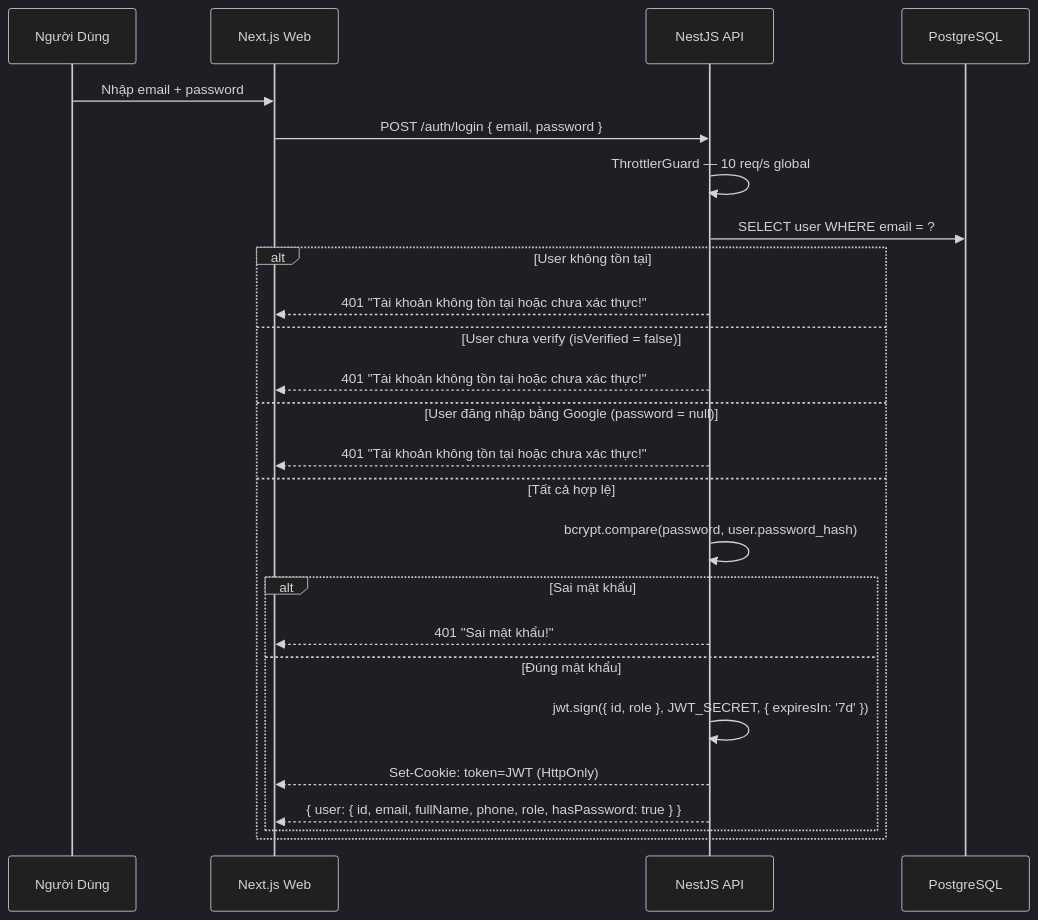
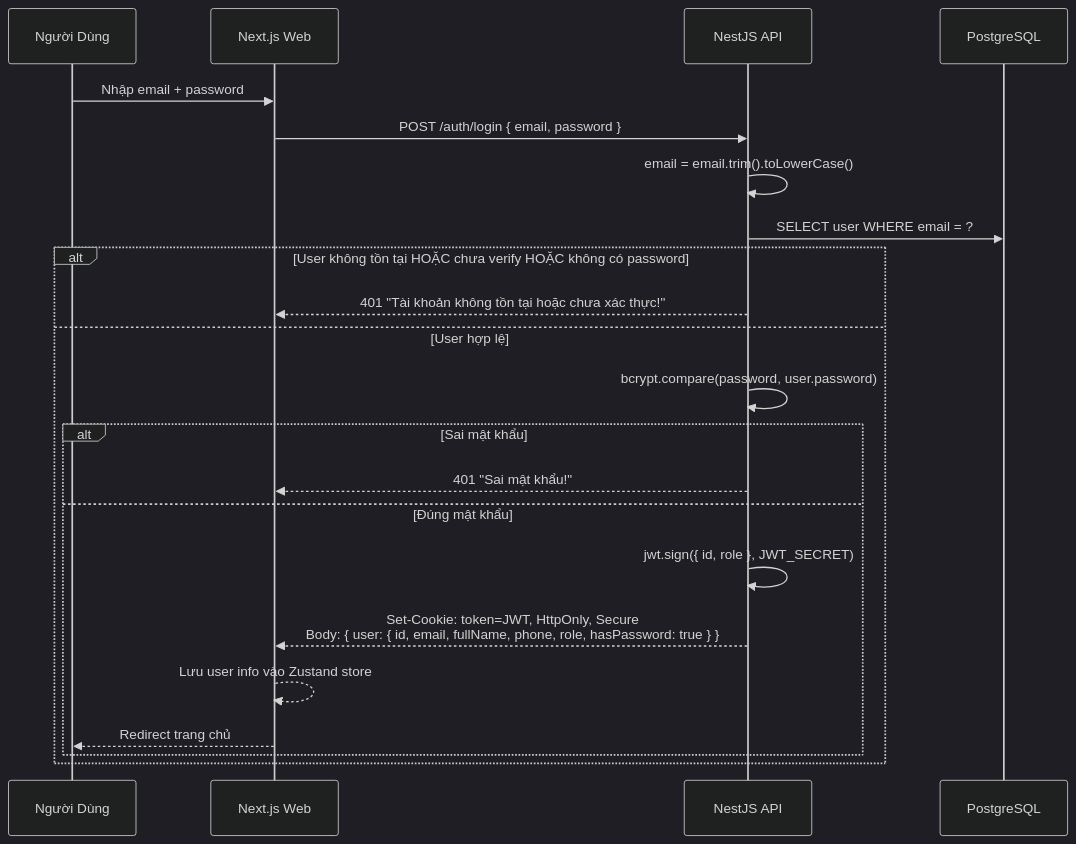
The fourth of 10 diagrams in blueprint/specs/auth.md (dorayakiiiiz/ticket-box), drawn with Mermaid (dark theme) before and after one commit. The commit also changed other lines of this file and 3 other files, not shown here.

````diff
--- a/blueprint/specs/auth.md
+++ b/blueprint/specs/auth.md
@@ -101,30 +180,27 @@
 ```mermaid
 sequenceDiagram
     participant U as Người Dùng
     participant FE as Next.js Web
     participant BE as NestJS API
     participant DB as PostgreSQL
 
     U->>FE: Nhập email + password
     FE->>BE: POST /auth/login { email, password }
-    BE->>BE: ThrottlerGuard — 10 req/s global
 
+    BE->>BE: email = email.trim().toLowerCase()
     BE->>DB: SELECT user WHERE email = ?
-    
-    alt User không tồn tại
+
+    alt User không tồn tại HOẶC chưa verify HOẶC không có password
         BE-->>FE: 401 "Tài khoản không tồn tại hoặc chưa xác thực!"
-    else User chưa verify (isVerified = false)
-        BE-->>FE: 401 "Tài khoản không tồn tại hoặc chưa xác thực!"
-    else User đăng nhập bằng Google (password = null)
-        BE-->>FE: 401 "Tài khoản không tồn tại hoặc chưa xác thực!"
-    else Tất cả hợp lệ
-        BE->>BE: bcrypt.compare(password, user.password_hash)
+    else User hợp lệ
+        BE->>BE: bcrypt.compare(password, user.password)
         alt Sai mật khẩu
             BE-->>FE: 401 "Sai mật khẩu!"
         else Đúng mật khẩu
-            BE->>BE: jwt.sign({ id, role }, JWT_SECRET, { expiresIn: '7d' })
-            BE-->>FE: Set-Cookie: token=JWT (HttpOnly)
-            BE-->>FE: { user: { id, email, fullName, phone, role, hasPassword: true } }
+            BE->>BE: jwt.sign({ id, role }, JWT_SECRET)
+            BE-->>FE: Set-Cookie: token=JWT, HttpOnly, Secure<br/>Body: { user: { id, email, fullName, phone, role, hasPassword: true } }
+            FE-->>FE: Lưu user info vào Zustand store
+            FE-->>U: Redirect trang chủ
         end
     end
 ```
````
